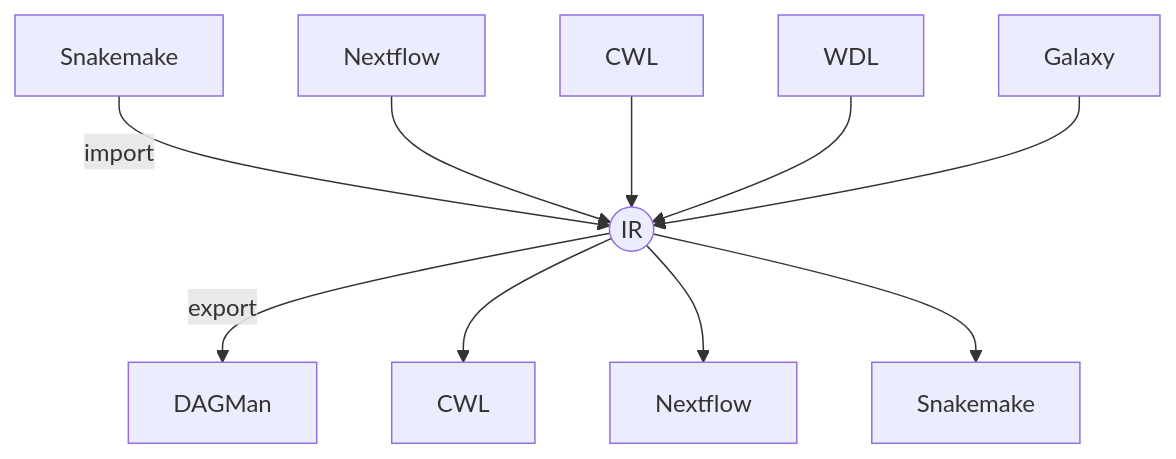
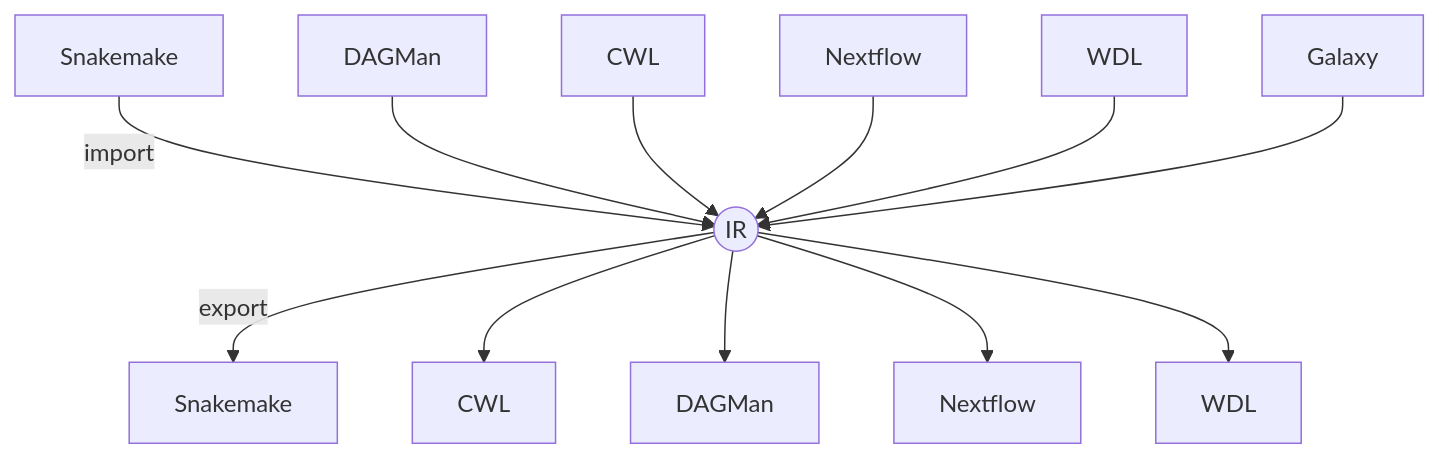
One commit to csmcal/wf2wf changed the diagram in README.md. Above: the diagram before and after it, drawn with Mermaid. The commit also changed other lines of this file and 22 other files, not shown here.

````diff
--- a/README.md
+++ b/README.md
@@ -16,12 +15,14 @@
 ```mermaid
 graph TD;
   A[Snakemake] -->|import| IR((IR));
-  B[Nextflow] --> IR;
-  C[CWL] --> IR;
-  D[WDL] --> IR;
-  E[Galaxy] --> IR;
-  IR -->|export| DAG[DAGMan];
+  B[DAGMan]   --> IR;
+  C[CWL]      --> IR;
+  D[Nextflow] --> IR;
+  E[WDL]      --> IR;
+  F[Galaxy]   --> IR;
+  IR -->|export| SMK2[Snakemake];
   IR --> CWL2[CWL];
+  IR --> DAG2[DAGMan];
   IR --> NF2[Nextflow];
-  IR --> SMK2[Snakemake];
+  IR --> WDL2[WDL];
 ```
````
